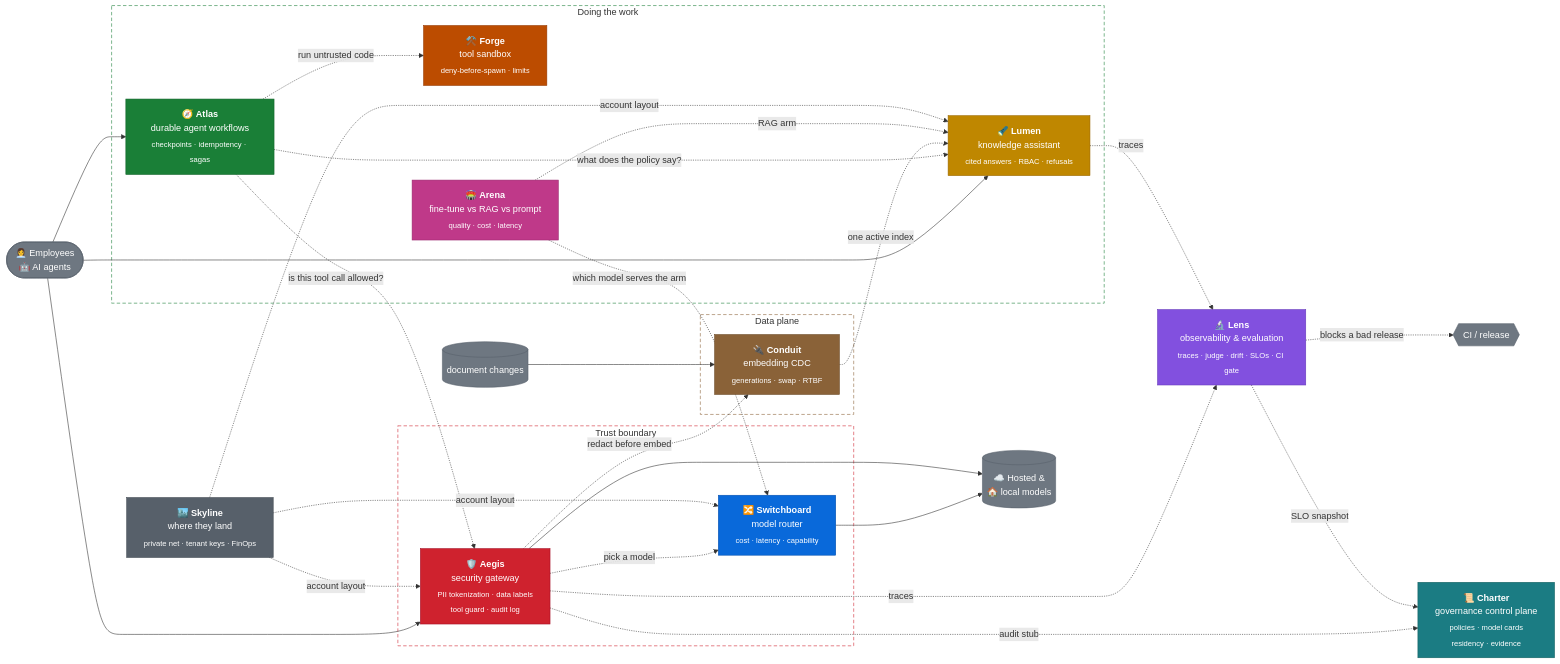
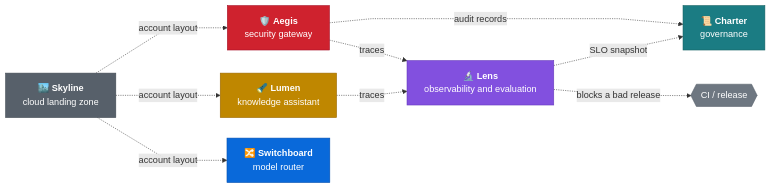
The third of 3 diagrams in README.md (kumarlakshya24/enterprise-ai-platform), drawn with Mermaid before and after one commit. The commit also changed other lines of this file and 1 other file, not shown here.

Commit message:
docs: show the platform as three diagrams with no crossing lines (#20)
The single ten-project diagram had many crossing edges. The root README now shows
three small views: the request path, knowledge and data, and oversight and where
it runs. Node order is chosen so no edges cross, edges are straight, and each
project keeps its colour. CLAUDE.md records the merged PRs and the site follow-ups.

Claude-Session: https://claude.ai/code/session_01JgVvwGRmPMtP8BsftjWPye

````diff
--- a/README.md
+++ b/README.md
@@ -55,73 +139,39 @@
 ```mermaid
+%%{init: {"flowchart": {"curve": "linear", "nodeSpacing": 36, "rankSpacing": 80}}}%%
 flowchart LR
-  U(["👩‍💼 Employees<br/>🤖 AI agents"]) --> AEG
+  SKY["🏙️ <b>Skyline</b><br/>cloud landing zone"]
+  AEG["🛡️ <b>Aegis</b><br/>security gateway"]
+  LUM["🔦 <b>Lumen</b><br/>knowledge assistant"]
+  SW["🔀 <b>Switchboard</b><br/>model router"]
+  CHR["📜 <b>Charter</b><br/>governance"]
+  LENS["🔬 <b>Lens</b><br/>observability and evaluation"]
+  CI{{"CI / release"}}
 
-  subgraph EDGE["Trust boundary"]
-    AEG["🛡️ <b>Aegis</b><br/>security gateway<br/><sub>PII tokenization · data labels<br/>tool guard · audit log</sub>"]
-    SW["🔀 <b>Switchboard</b><br/>model router<br/><sub>cost · latency · capability</sub>"]
-  end
-
-  subgraph WORK["Doing the work"]
-    LUM["🔦 <b>Lumen</b><br/>knowledge assistant<br/><sub>cited answers · RBAC · refusals</sub>"]
-    ATL["🧭 <b>Atlas</b><br/>durable agent workflows<br/><sub>checkpoints · idempotency · sagas</sub>"]
-    FRG["⚒️ <b>Forge</b><br/>tool sandbox<br/><sub>deny-before-spawn · limits</sub>"]
-    ARN["🏟️ <b>Arena</b><br/>fine-tune vs RAG vs prompt<br/><sub>quality · cost · latency</sub>"]
-  end
-
-  AEG -. "pick a model" .-> SW --> LLM[("☁️ Hosted &<br/>🏠 local models")]
-  AEG --> LLM
-  U --> LUM
-  U --> ATL
-  ATL -. "is this tool call allowed?" .-> AEG
-  ATL -. "what does the policy say?" .-> LUM
-  ATL -. "run untrusted code" .-> FRG
-
-  subgraph DATA["Data plane"]
-    CON["🔌 <b>Conduit</b><br/>embedding CDC<br/><sub>generations · swap · RTBF</sub>"]
-  end
-
-  DOCS[("document changes")] --> CON
-  AEG -. "redact before embed" .-> CON
-  CON -. "one active index" .-> LUM
-
-  LENS["🔬 <b>Lens</b><br/>observability & evaluation<br/><sub>traces · judge · drift · SLOs · CI gate</sub>"]
-  CHR["📜 <b>Charter</b><br/>governance control plane<br/><sub>policies · model cards<br/>residency · evidence</sub>"]
-  SKY["🏙️ <b>Skyline</b><br/>where they land<br/><sub>private net · tenant keys · FinOps</sub>"]
-
-  AEG -. traces .-> LENS
-  LUM -. traces .-> LENS
-  LENS -. "blocks a bad release" .-> CI{{"CI / release"}}
-  AEG -. "audit stub" .-> CHR
-  LENS -. "SLO snapshot" .-> CHR
-  ARN -. "RAG arm" .-> LUM
-  ARN -. "which model serves the arm" .-> SW
   SKY -. "account layout" .-> AEG
   SKY -. "account layout" .-> LUM
   SKY -. "account layout" .-> SW
+  AEG -. "audit records" .-> CHR
+  AEG -. "traces" .-> LENS
+  LUM -. "traces" .-> LENS
+  LENS -. "SLO snapshot" .-> CHR
+  LENS -. "blocks a bad release" .-> CI
 
   classDef aegis fill:#cf222e,stroke:#a40e26,color:#fff
   classDef switchboard fill:#0969da,stroke:#0550ae,color:#fff
   classDef lumen fill:#bf8700,stroke:#9a6700,color:#fff
   classDef atlas fill:#1a7f37,stroke:#116329,color:#fff
   classDef forge fill:#bc4c00,stroke:#953800,color:#fff
   classDef lens fill:#8250df,stroke:#6639ba,color:#fff
   classDef charter fill:#1b7c83,stroke:#136061,color:#fff
   classDef arena fill:#bf3989,stroke:#99286e,color:#fff
   classDef skyline fill:#57606a,stroke:#424a53,color:#fff
   classDef conduit fill:#8a6238,stroke:#6b4a28,color:#fff
   classDef neutral fill:#6e7781,stroke:#57606a,color:#fff
+  class SKY skyline
   class AEG aegis
+  class LUM lumen
   class SW switchboard
-  class LUM lumen
-  class ATL atlas
-  class FRG forge
+  class CHR charter
   class LENS lens
-  class CHR charter
-  class ARN arena
-  class SKY skyline
-  class CON conduit
-  class U,LLM,CI,DOCS neutral
-  style EDGE fill:transparent,stroke:#cf222e,stroke-dasharray:6 4
-  style WORK fill:transparent,stroke:#1a7f37,stroke-dasharray:6 4
-  style DATA fill:transparent,stroke:#8a6238,stroke-dasharray:6 4
+  class CI neutral
 ```
````
